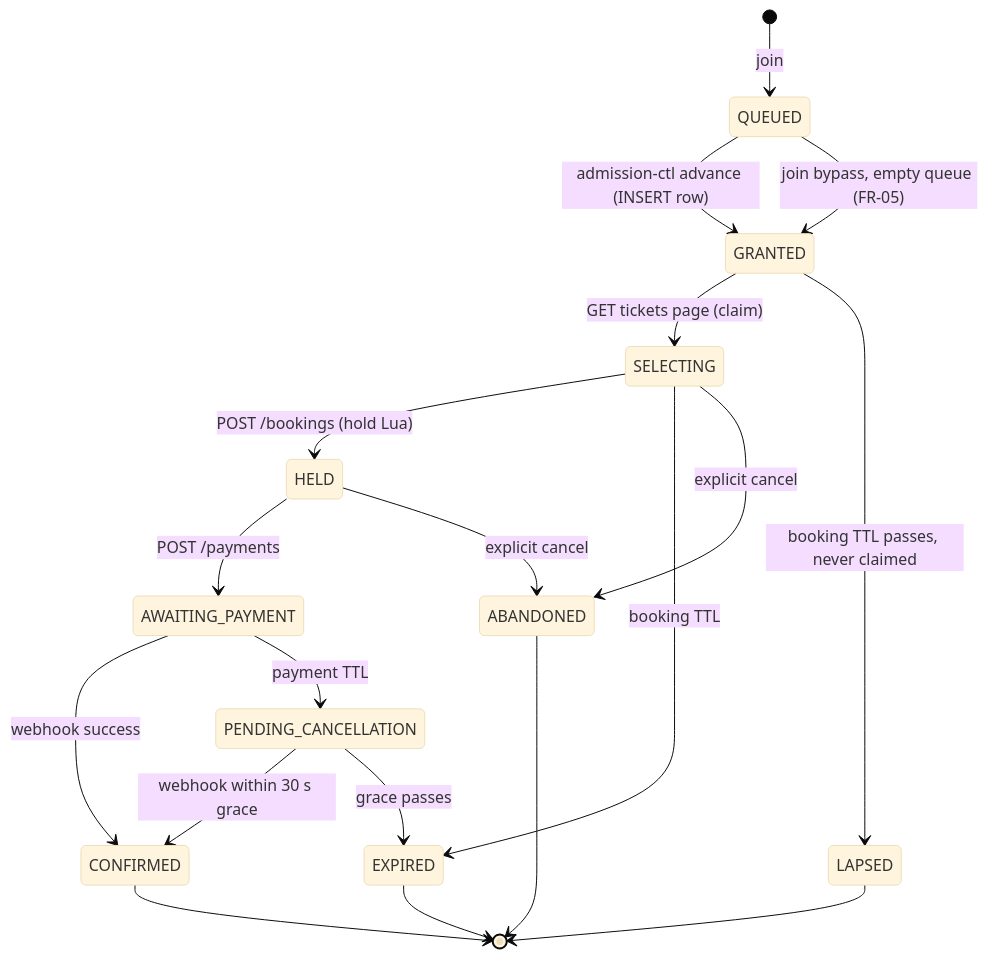
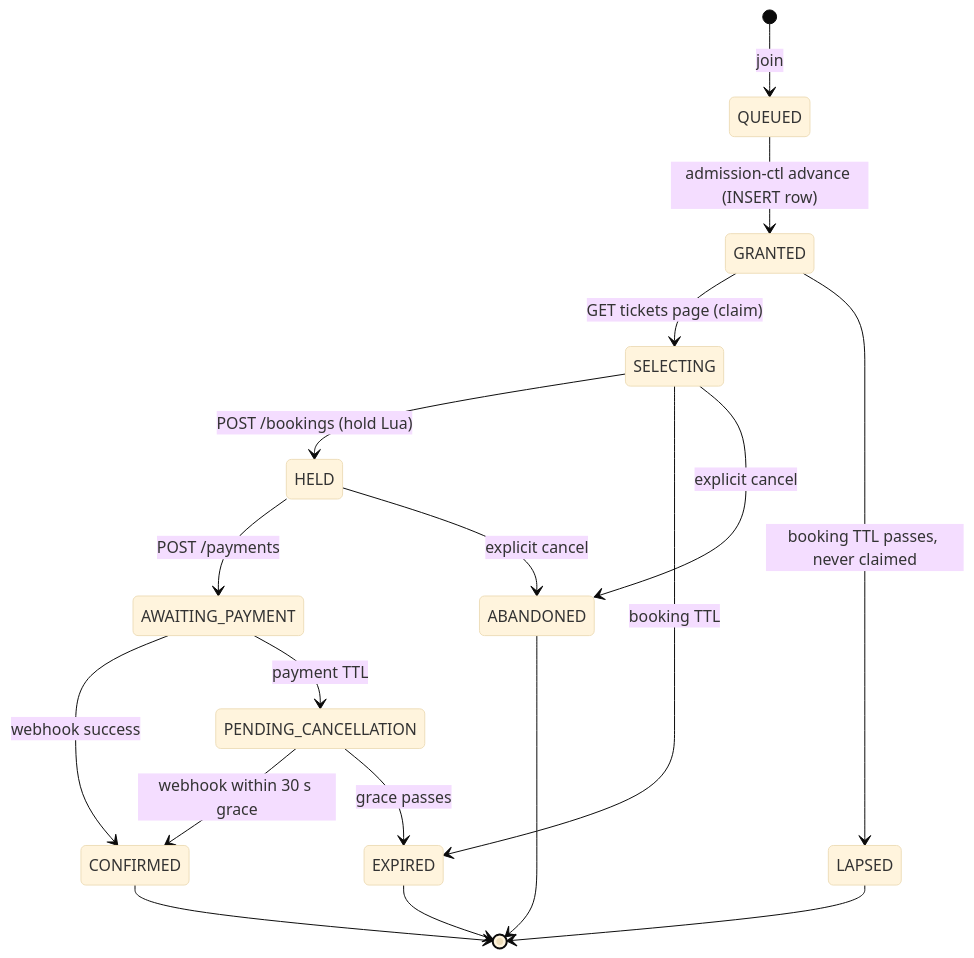
Before and after one commit to PTServerJanganTumbang-BookingTicket/be-rusuh-war-ticketing: the fourth of 5 diagrams in docs/04-queue/README.md, drawn with Mermaid (base theme). The commit also changed other lines of this file and 19 other files, not shown here.

````diff
--- a/docs/04-queue/README.md
+++ b/docs/04-queue/README.md
@@ -117,21 +136,20 @@
 ```mermaid
 stateDiagram-v2
     [*] --> QUEUED: join
     QUEUED --> GRANTED: admission-ctl advance (INSERT row)
-    QUEUED --> GRANTED: join bypass, empty queue (FR-05)
     GRANTED --> SELECTING: GET tickets page (claim)
     GRANTED --> LAPSED: booking TTL passes, never claimed
     SELECTING --> HELD: POST /bookings (hold Lua)
     SELECTING --> EXPIRED: booking TTL
     HELD --> AWAITING_PAYMENT: POST /payments
     AWAITING_PAYMENT --> CONFIRMED: webhook success
     AWAITING_PAYMENT --> PENDING_CANCELLATION: payment TTL
     PENDING_CANCELLATION --> CONFIRMED: webhook within 30 s grace
     PENDING_CANCELLATION --> EXPIRED: grace passes
     SELECTING --> ABANDONED: explicit cancel
     HELD --> ABANDONED: explicit cancel
     CONFIRMED --> [*]
     EXPIRED --> [*]
     LAPSED --> [*]
     ABANDONED --> [*]
 ```
````
